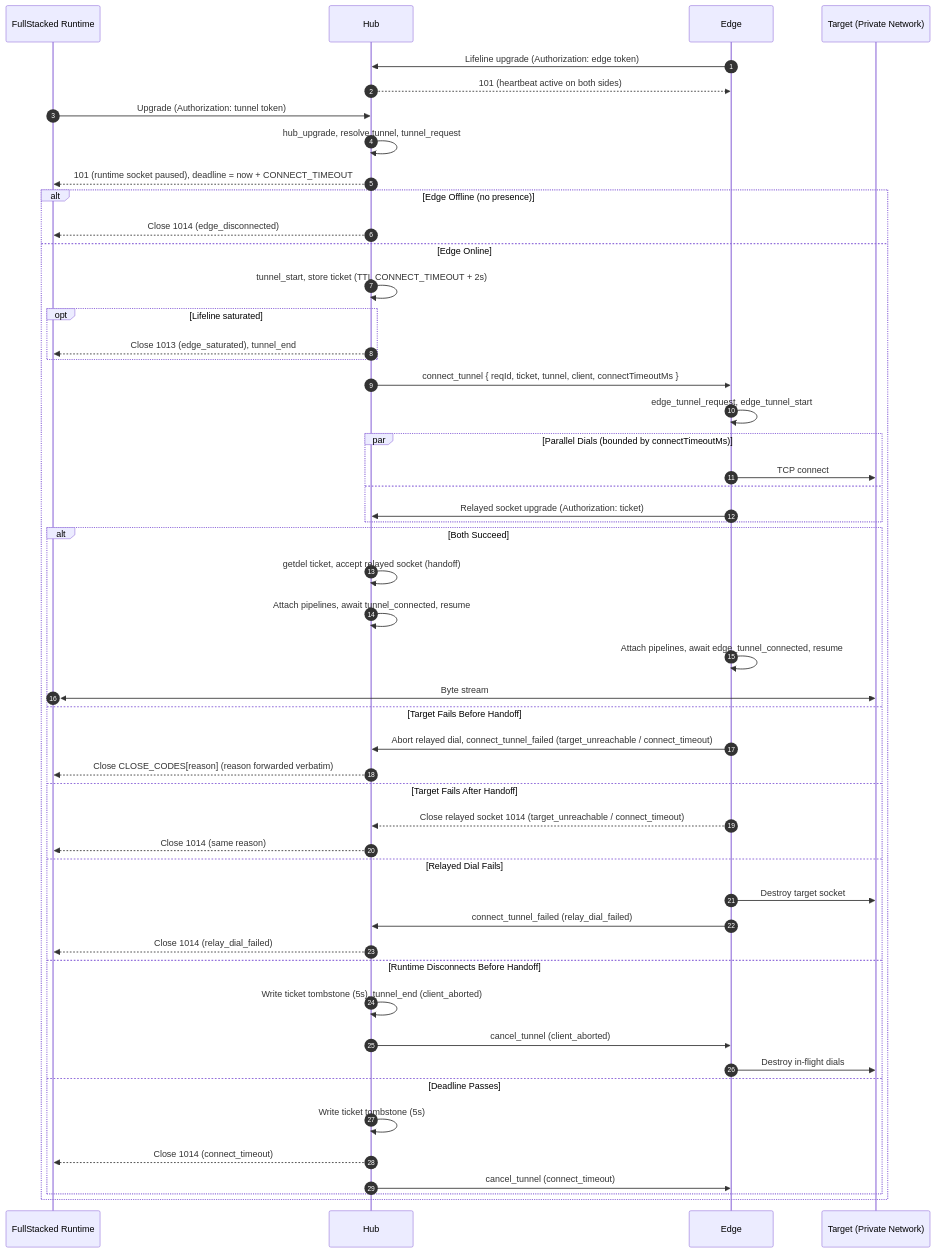
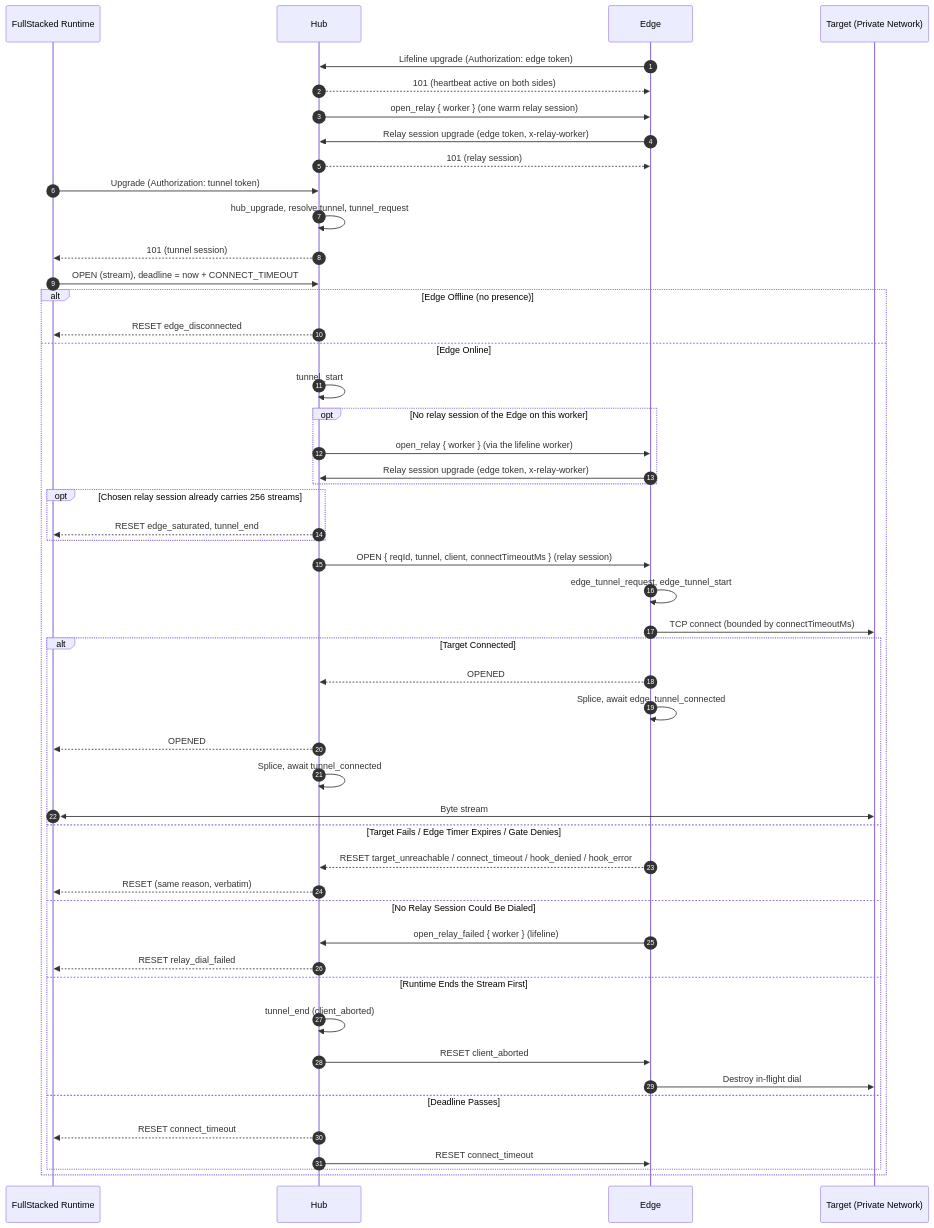
The third of 3 diagrams in docs/1-concepts/architecture.md (fullstackedorg/tunnels), drawn with Mermaid before and after one commit. The commit also changed other lines of this file and 56 other files, not shown here.

````diff
--- a/docs/1-concepts/architecture.md
+++ b/docs/1-concepts/architecture.md
@@ -96,54 +98,54 @@
 ```mermaid
 sequenceDiagram
     autonumber
     participant Runtime as FullStacked Runtime
     participant Hub as Hub
     participant Edge as Edge
     participant Target as Target (Private Network)
 
     Edge->>Hub: Lifeline upgrade (Authorization: edge token)
     Hub-->>Edge: 101 (heartbeat active on both sides)
+    Hub->>Edge: open_relay { worker } (one warm relay session)
+    Edge->>Hub: Relay session upgrade (edge token, x-relay-worker)
+    Hub-->>Edge: 101 (relay session)
 
     Runtime->>Hub: Upgrade (Authorization: tunnel token)
     Hub->>Hub: hub_upgrade, resolve tunnel, tunnel_request
-    Hub-->>Runtime: 101 (runtime socket paused), deadline = now + CONNECT_TIMEOUT
+    Hub-->>Runtime: 101 (tunnel session)
+    Runtime->>Hub: OPEN (stream), deadline = now + CONNECT_TIMEOUT
     alt Edge Offline (no presence)
-        Hub-->>Runtime: Close 1014 (edge_disconnected)
+        Hub-->>Runtime: RESET edge_disconnected
     else Edge Online
-        Hub->>Hub: tunnel_start, store ticket (TTL CONNECT_TIMEOUT + 2s)
-        opt Lifeline saturated
-            Hub-->>Runtime: Close 1013 (edge_saturated), tunnel_end
+        Hub->>Hub: tunnel_start
+        opt No relay session of the Edge on this worker
+            Hub->>Edge: open_relay { worker } (via the lifeline worker)
+            Edge->>Hub: Relay session upgrade (edge token, x-relay-worker)
         end
-        Hub->>Edge: connect_tunnel { reqId, ticket, tunnel, client, connectTimeoutMs }
+        opt Chosen relay session already carries 256 streams
+            Hub-->>Runtime: RESET edge_saturated, tunnel_end
+        end
+        Hub->>Edge: OPEN { reqId, tunnel, client, connectTimeoutMs } (relay session)
         Edge->>Edge: edge_tunnel_request, edge_tunnel_start
-        par Parallel Dials (bounded by connectTimeoutMs)
-            Edge->>Target: TCP connect
-        and
-            Edge->>Hub: Relayed socket upgrade (Authorization: ticket)
-        end
-        alt Both Succeed
-            Hub->>Hub: getdel ticket, accept relayed socket (handoff)
-            Hub->>Hub: Attach pipelines, await tunnel_connected, resume
-            Edge->>Edge: Attach pipelines, await edge_tunnel_connected, resume
+        Edge->>Target: TCP connect (bounded by connectTimeoutMs)
+        alt Target Connected
+            Edge-->>Hub: OPENED
+            Edge->>Edge: Splice, await edge_tunnel_connected
+            Hub-->>Runtime: OPENED
+            Hub->>Hub: Splice, await tunnel_connected
             Runtime<<->>Target: Byte stream
-        else Target Fails Before Handoff
-            Edge->>Hub: Abort relayed dial, connect_tunnel_failed (target_unreachable / connect_timeout)
-            Hub-->>Runtime: Close CLOSE_CODES[reason] (reason forwarded verbatim)
-        else Target Fails After Handoff
-            Edge-->>Hub: Close relayed socket 1014 (target_unreachable / connect_timeout)
-            Hub-->>Runtime: Close 1014 (same reason)
-        else Relayed Dial Fails
-            Edge->>Target: Destroy target socket
-            Edge->>Hub: connect_tunnel_failed (relay_dial_failed)
-            Hub-->>Runtime: Close 1014 (relay_dial_failed)
-        else Runtime Disconnects Before Handoff
-            Hub->>Hub: Write ticket tombstone (5s), tunnel_end (client_aborted)
-            Hub->>Edge: cancel_tunnel (client_aborted)
-            Edge->>Target: Destroy in-flight dials
+        else Target Fails / Edge Timer Expires / Gate Denies
+            Edge-->>Hub: RESET target_unreachable / connect_timeout / hook_denied / hook_error
+            Hub-->>Runtime: RESET (same reason, verbatim)
+        else No Relay Session Could Be Dialed
+            Edge->>Hub: open_relay_failed { worker } (lifeline)
+            Hub-->>Runtime: RESET relay_dial_failed
+        else Runtime Ends the Stream First
+            Hub->>Hub: tunnel_end (client_aborted)
+            Hub->>Edge: RESET client_aborted
+            Edge->>Target: Destroy in-flight dial
         else Deadline Passes
-            Hub->>Hub: Write ticket tombstone (5s)
-            Hub-->>Runtime: Close 1014 (connect_timeout)
-            Hub->>Edge: cancel_tunnel (connect_timeout)
+            Hub-->>Runtime: RESET connect_timeout
+            Hub->>Edge: RESET connect_timeout
         end
     end
 ```
````
